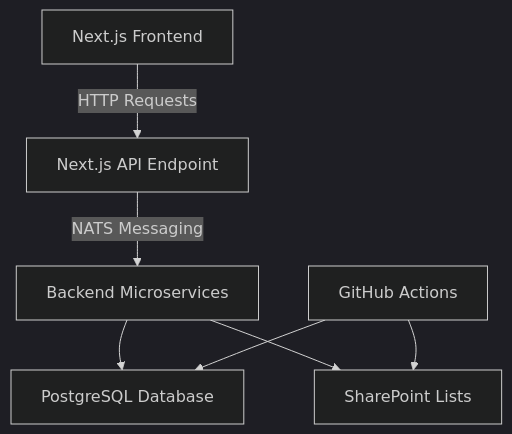
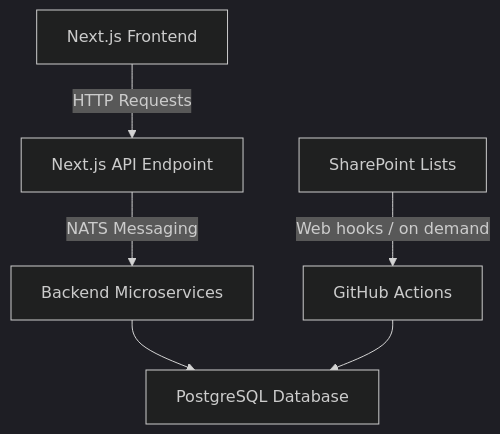
Before and after one commit to nexi-intra/nexi-toolsv2: the first of 4 diagrams in readme.md, drawn with Mermaid (dark theme). The commit also changed other lines of this file, not shown here.

````diff
--- a/readme.md
+++ b/readme.md
@@ -24,9 +24,8 @@
 ```mermaid
 graph TD
     A[Next.js Frontend] -->|HTTP Requests| B[Next.js API Endpoint]
     B -->|NATS Messaging| C[Backend Microservices]
-    C --> D[PostgreSQL Database]
-    C --> E[SharePoint Lists]
+    C --> D[PostgreSQL Database]    
     F[GitHub Actions] --> D
-    F --> E
+    E[SharePoint Lists] -->|Web hooks / on demand| F
 ```
````
